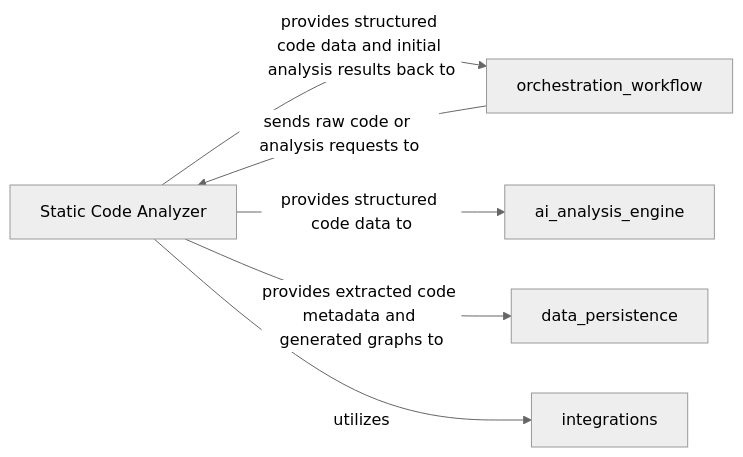
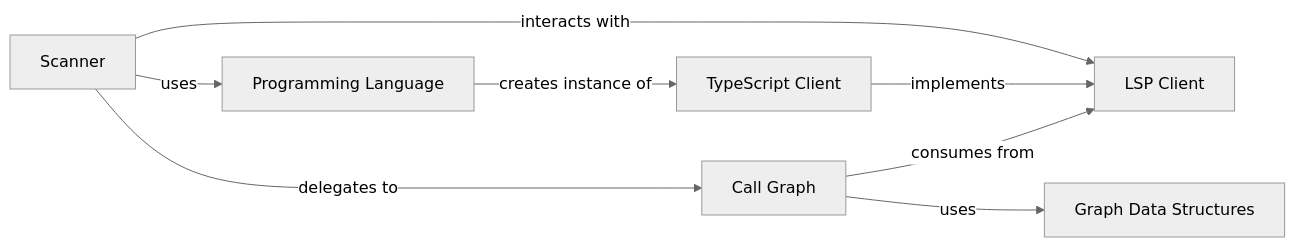
Before and after one commit to mariyam866/CodeBoarding: the third of 3 diagrams in docs/development/architecture.md, drawn with Mermaid (neutral theme). The commit also changed other lines of this file and 13 other files, not shown here.

First line of the commit message:
docs: update codeboarding documentation and generate architecture

````diff
--- a/docs/development/architecture.md
+++ b/docs/development/architecture.md
@@ -278,14 +155,16 @@
 ```mermaid
 graph LR
-    Static_Code_Analyzer["Static Code Analyzer"]
-    orchestration_workflow["orchestration_workflow"]
-    ai_analysis_engine["ai_analysis_engine"]
-    data_persistence["data_persistence"]
-    integrations["integrations"]
-    orchestration_workflow -- "sends raw code or analysis requests to" --> Static_Code_Analyzer
-    Static_Code_Analyzer -- "provides structured code data and initial analysis results back to" --> orchestration_workflow
-    Static_Code_Analyzer -- "provides structured code data to" --> ai_analysis_engine
-    Static_Code_Analyzer -- "provides extracted code metadata and generated graphs to" --> data_persistence
-    Static_Code_Analyzer -- "utilizes" --> integrations
-    click Static_Code_Analyzer href "https://github.com/CodeBoarding/CodeBoarding/blob/main/.codeboarding/Static_Code_Analyzer.md" "Details"
+    Scanner["Scanner"]
+    Programming_Language["Programming Language"]
+    LSP_Client["LSP Client"]
+    TypeScript_Client["TypeScript Client"]
+    Call_Graph["Call Graph"]
+    Graph_Data_Structures["Graph Data Structures"]
+    Scanner -- "uses" --> Programming_Language
+    Scanner -- "interacts with" --> LSP_Client
+    Scanner -- "delegates to" --> Call_Graph
+    Programming_Language -- "creates instance of" --> TypeScript_Client
+    TypeScript_Client -- "implements" --> LSP_Client
+    Call_Graph -- "consumes from" --> LSP_Client
+    Call_Graph -- "uses" --> Graph_Data_Structures
 ```
````
